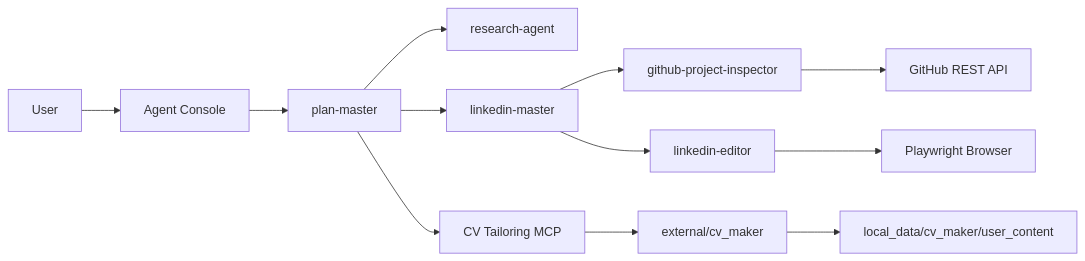
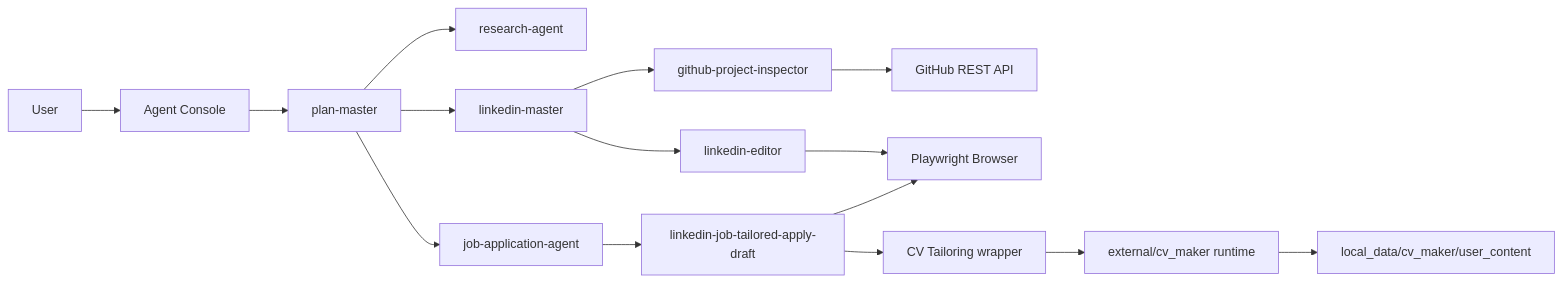
One commit to siyuansdsd/OfferGraph changed the diagram in README.md. Above: the diagram before and after it, drawn with Mermaid. The commit also changed other lines of this file and 38 other files, not shown here.

Commit message:
Add application profile and CV runtime workflow

````diff
--- a/README.md
+++ b/README.md
@@ -35,14 +35,17 @@
 ```mermaid
 flowchart LR
   User --> AgentConsole[Agent Console]
   AgentConsole --> PlanMaster[plan-master]
   PlanMaster --> ResearchAgent[research-agent]
   PlanMaster --> LinkedInMaster[linkedin-master]
-  PlanMaster --> CVMCP[CV Tailoring MCP]
+  PlanMaster --> JobAgent[job-application-agent]
   LinkedInMaster --> GitHubInspector[github-project-inspector]
   LinkedInMaster --> LinkedInEditor[linkedin-editor]
   LinkedInEditor --> Playwright[Playwright Browser]
   GitHubInspector --> GitHubAPI[GitHub REST API]
-  CVMCP --> CVMaker[external/cv_maker]
+  JobAgent --> LinkedInJobs[linkedin-job-tailored-apply-draft]
+  LinkedInJobs --> Playwright
+  LinkedInJobs --> CVMCP[CV Tailoring wrapper]
+  CVMCP --> CVMaker[external/cv_maker runtime]
   CVMaker --> LocalData[local_data/cv_maker/user_content]
 ```
````
